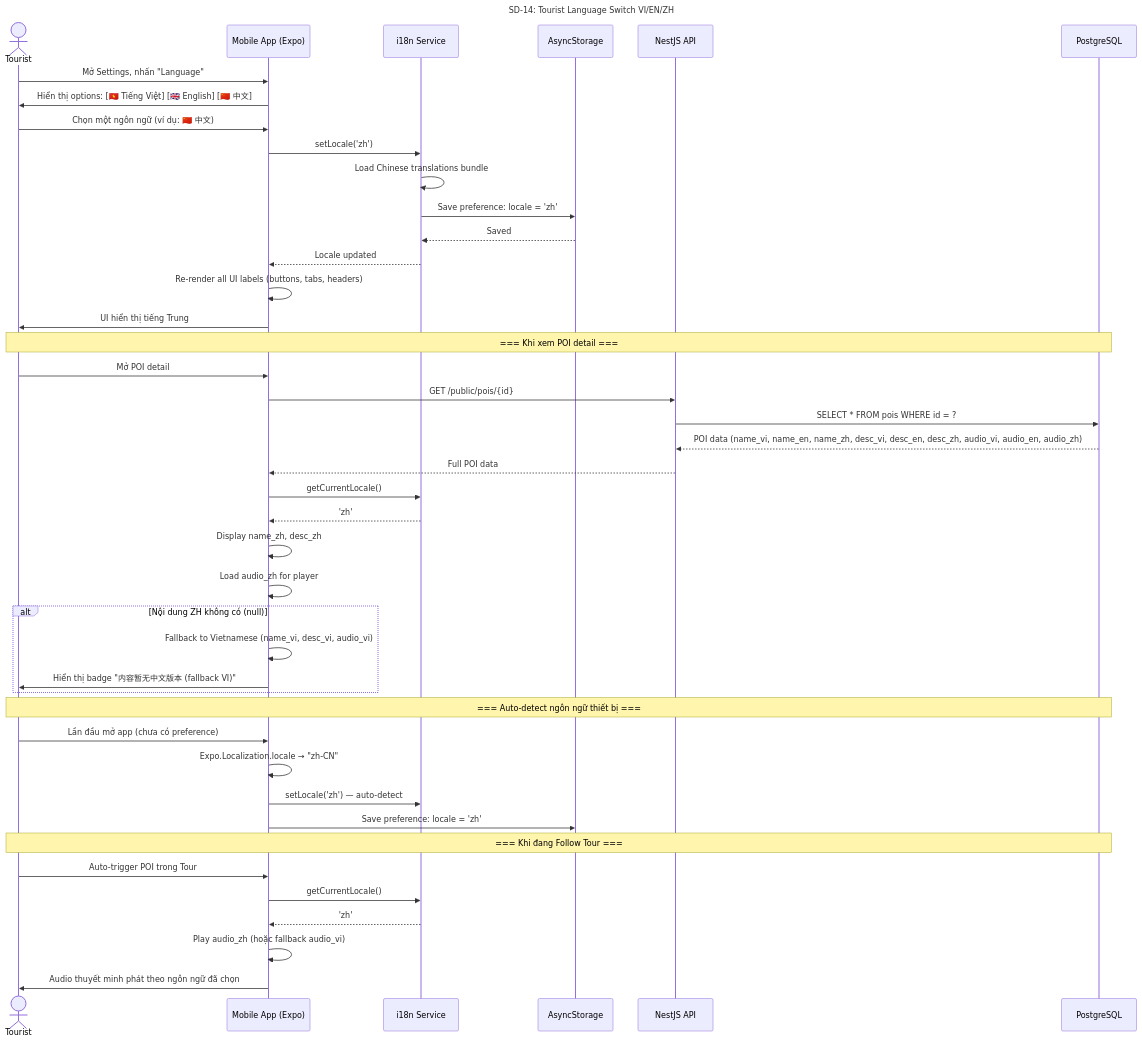
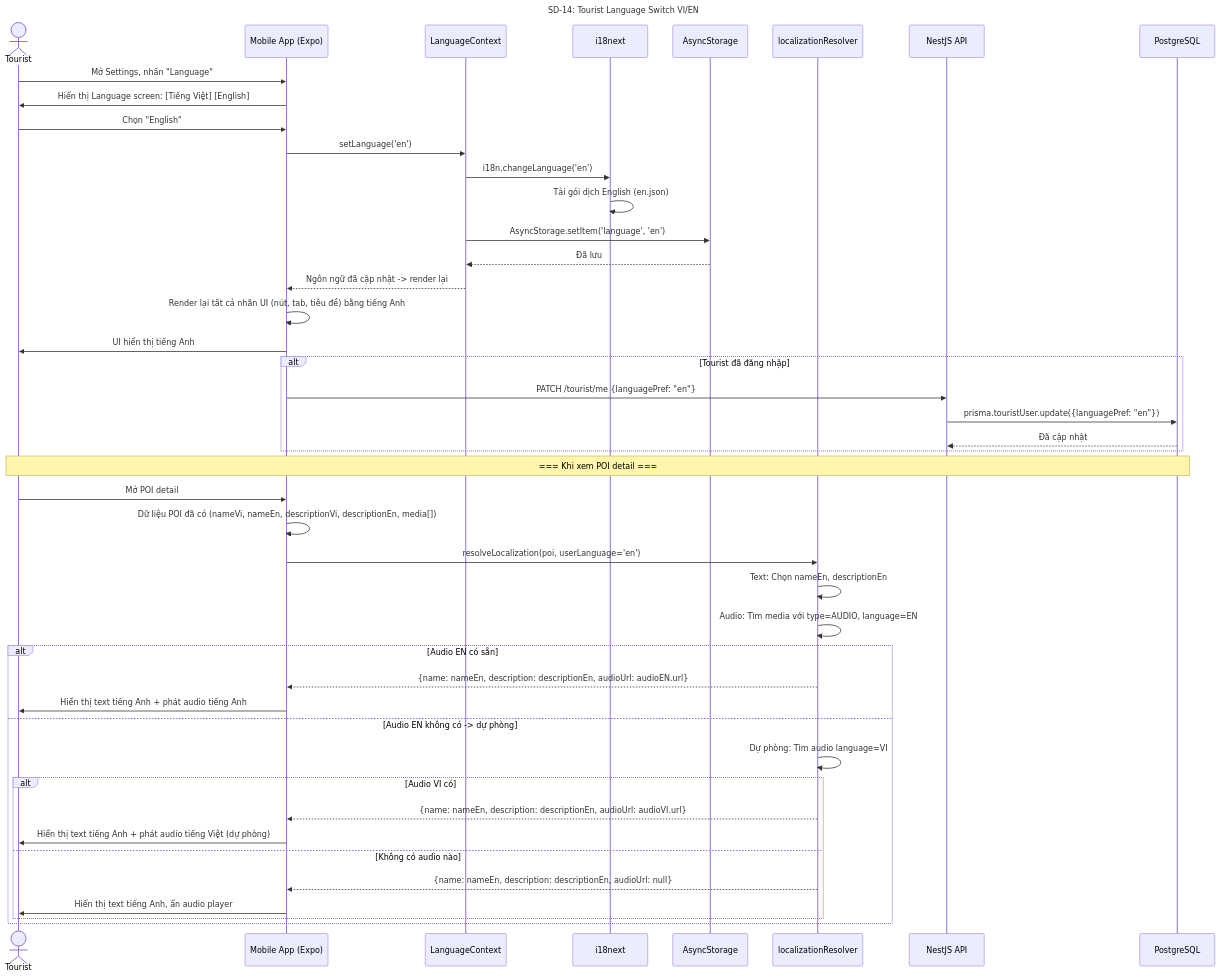
One commit to Ttuandatt/Seminar changed diagram 14 of 28 in docs/step3_prd/15_sequence_diagrams.md. Above: the diagram before and after it, drawn with Mermaid. The commit also changed other lines of this file and 19 other files, not shown here.

````diff
--- a/docs/step3_prd/15_sequence_diagrams.md
+++ b/docs/step3_prd/15_sequence_diagrams.md
@@ -725,54 +788,54 @@
 ```mermaid
 sequenceDiagram
-    title SD-14: Tourist Language Switch VI/EN/ZH
+    title SD-14: Tourist Language Switch VI/EN
     actor Tourist
     participant App as Mobile App (Expo)
-    participant i18n as i18n Service
+    participant Lang as LanguageContext
+    participant i18n as i18next
     participant Storage as AsyncStorage
+    participant Resolver as localizationResolver
     participant API as NestJS API
     participant DB as PostgreSQL
 
     Tourist->>App: Mở Settings, nhấn "Language"
-    App->>Tourist: Hiển thị options: [🇻🇳 Tiếng Việt] [🇬🇧 English] [🇨🇳 中文]
-    Tourist->>App: Chọn một ngôn ngữ (ví dụ: 🇨🇳 中文)
+    App->>Tourist: Hiển thị Language screen: [Tiếng Việt] [English]
+    Tourist->>App: Chọn "English"
 
-    App->>i18n: setLocale('zh')
-    i18n->>i18n: Load Chinese translations bundle
-    i18n->>Storage: Save preference: locale = 'zh'
-    Storage-->>i18n: Saved
+    App->>Lang: setLanguage('en')
+    Lang->>i18n: i18n.changeLanguage('en')
+    i18n->>i18n: Tải gói dịch English (en.json)
+    Lang->>Storage: AsyncStorage.setItem('language', 'en')
+    Storage-->>Lang: Đã lưu
 
-    i18n-->>App: Locale updated
-    App->>App: Re-render all UI labels (buttons, tabs, headers)
-    App->>Tourist: UI hiển thị tiếng Trung
+    Lang-->>App: Ngôn ngữ đã cập nhật -> render lại
+    App->>App: Render lại tất cả nhãn UI (nút, tab, tiêu đề) bằng tiếng Anh
+    App->>Tourist: UI hiển thị tiếng Anh
+
+    alt Tourist đã đăng nhập
+        App->>API: PATCH /tourist/me {languagePref: "en"}
+        API->>DB: prisma.touristUser.update({languagePref: "en"})
+        DB-->>API: Đã cập nhật
+    end
 
     Note over Tourist, DB: === Khi xem POI detail ===
     Tourist->>App: Mở POI detail
-    App->>API: GET /public/pois/{id}
-    API->>DB: SELECT * FROM pois WHERE id = ?
-    DB-->>API: POI data (name_vi, name_en, name_zh, desc_vi, desc_en, desc_zh, audio_vi, audio_en, audio_zh)
-    API-->>App: Full POI data
+    App->>App: Dữ liệu POI đã có (nameVi, nameEn, descriptionVi, descriptionEn, media[])
+    App->>Resolver: resolveLocalization(poi, userLanguage='en')
 
-    App->>i18n: getCurrentLocale()
-    i18n-->>App: 'zh'
+    Resolver->>Resolver: Text: Chọn nameEn, descriptionEn
+    Resolver->>Resolver: Audio: Tìm media với type=AUDIO, language=EN
 
-    App->>App: Display name_zh, desc_zh
-    App->>App: Load audio_zh for player
-
-    alt Nội dung ZH không có (null)
-        App->>App: Fallback to Vietnamese (name_vi, desc_vi, audio_vi)
-        App->>Tourist: Hiển thị badge "内容暂无中文版本 (fallback VI)"
+    alt Audio EN có sẵn
+        Resolver-->>App: {name: nameEn, description: descriptionEn, audioUrl: audioEN.url}
+        App->>Tourist: Hiển thị text tiếng Anh + phát audio tiếng Anh
+    else Audio EN không có -> dự phòng
+        Resolver->>Resolver: Dự phòng: Tìm audio language=VI
+        alt Audio VI có
+            Resolver-->>App: {name: nameEn, description: descriptionEn, audioUrl: audioVI.url}
+            App->>Tourist: Hiển thị text tiếng Anh + phát audio tiếng Việt (dự phòng)
+        else Không có audio nào
+            Resolver-->>App: {name: nameEn, description: descriptionEn, audioUrl: null}
+            App->>Tourist: Hiển thị text tiếng Anh, ẩn audio player
+        end
     end
-
-    Note over Tourist, DB: === Auto-detect ngôn ngữ thiết bị ===
-    Tourist->>App: Lần đầu mở app (chưa có preference)
-    App->>App: Expo.Localization.locale → "zh-CN"
-    App->>i18n: setLocale('zh') — auto-detect
-    App->>Storage: Save preference: locale = 'zh'
-
-    Note over Tourist, DB: === Khi đang Follow Tour ===
-    Tourist->>App: Auto-trigger POI trong Tour
-    App->>i18n: getCurrentLocale()
-    i18n-->>App: 'zh'
-    App->>App: Play audio_zh (hoặc fallback audio_vi)
-    App->>Tourist: Audio thuyết minh phát theo ngôn ngữ đã chọn
 ```
````
